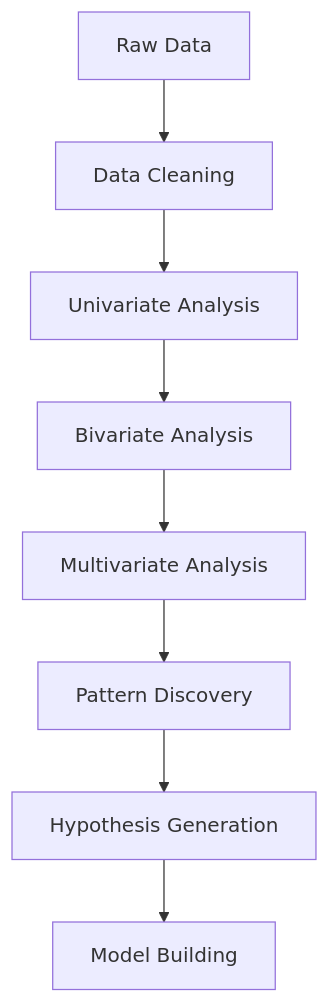
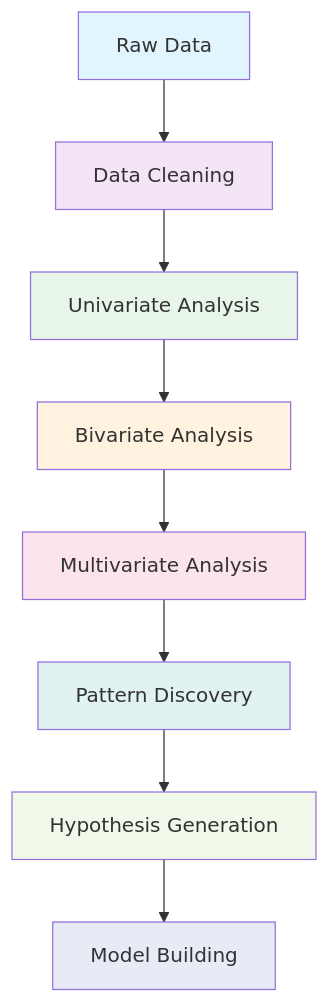
The second of 10 diagrams in 08-complete-statistical-journey-eda-to-llms.md (muhammadsalek/statistics-for-scientists), drawn with Mermaid before and after one commit. The commit also changed other lines of this file, not shown here.

````diff
--- a/08-complete-statistical-journey-eda-to-llms.md
+++ b/08-complete-statistical-journey-eda-to-llms.md
@@ -39,10 +116,19 @@
 ```mermaid
 flowchart TD
     A[Raw Data] --> B[Data Cleaning]
     B --> C[Univariate Analysis]
     C --> D[Bivariate Analysis]
     D --> E[Multivariate Analysis]
     E --> F[Pattern Discovery]
     F --> G[Hypothesis Generation]
     G --> H[Model Building]
+    
+    style A fill:#e1f5fe
+    style B fill:#f3e5f5
+    style C fill:#e8f5e9
+    style D fill:#fff3e0
+    style E fill:#fce4ec
+    style F fill:#e0f2f1
+    style G fill:#f1f8e9
+    style H fill:#e8eaf6
 ```
````
